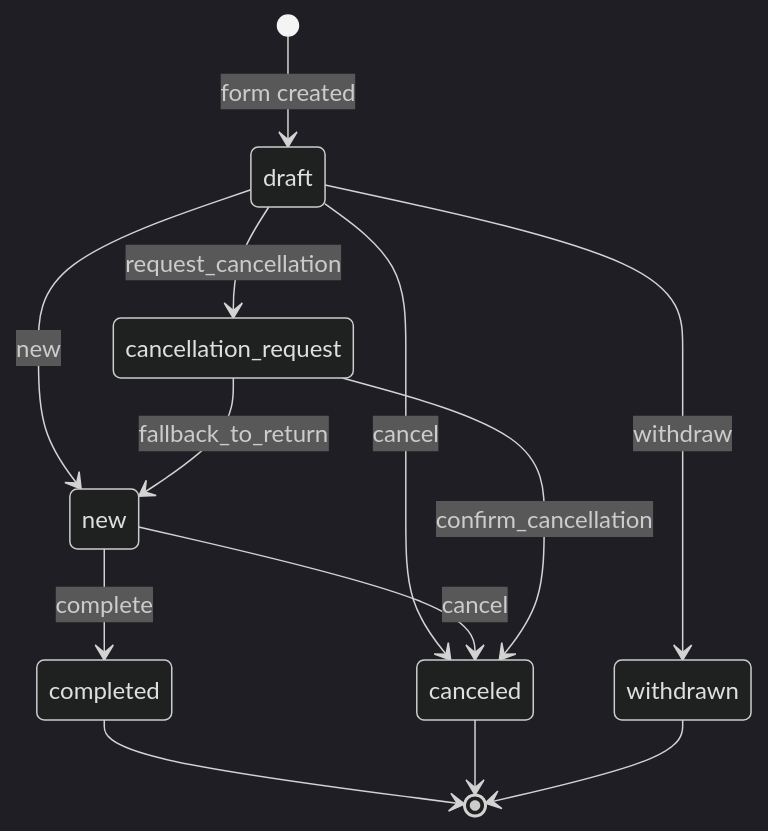
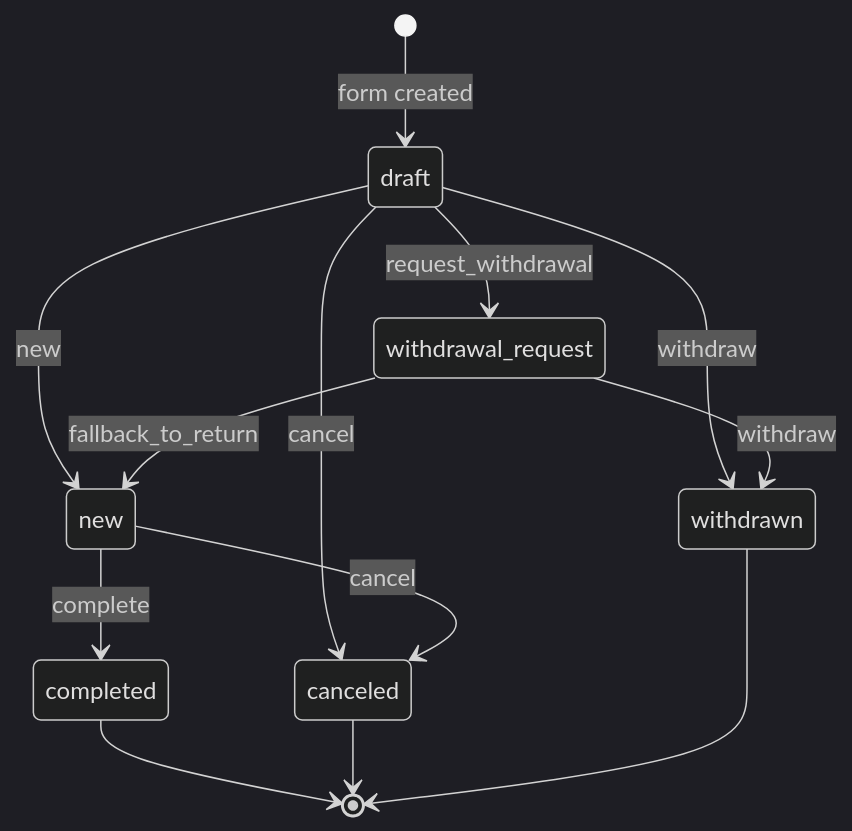
One commit to mad-coders/sylius-rma-plugin changed the first of 3 diagrams in README.md. Above: the diagram before and after it, drawn with Mermaid (dark theme). The commit also changed other lines of this file and 30 other files, not shown here.

````diff
--- a/README.md
+++ b/README.md
@@ -82,19 +82,19 @@
 ```mermaid
 stateDiagram-v2
     [*] --> draft: form created
 
     draft --> new: new
     new --> completed: complete
 
     draft --> canceled: cancel
     new --> canceled: cancel
 
     draft --> withdrawn: withdraw
-    draft --> cancellation_request: request_cancellation
-    cancellation_request --> canceled: confirm_cancellation
-    cancellation_request --> new: fallback_to_return
+    draft --> withdrawal_request: request_withdrawal
+    withdrawal_request --> withdrawn: withdraw
+    withdrawal_request --> new: fallback_to_return
 
     completed --> [*]
     canceled --> [*]
     withdrawn --> [*]
 ```
````
